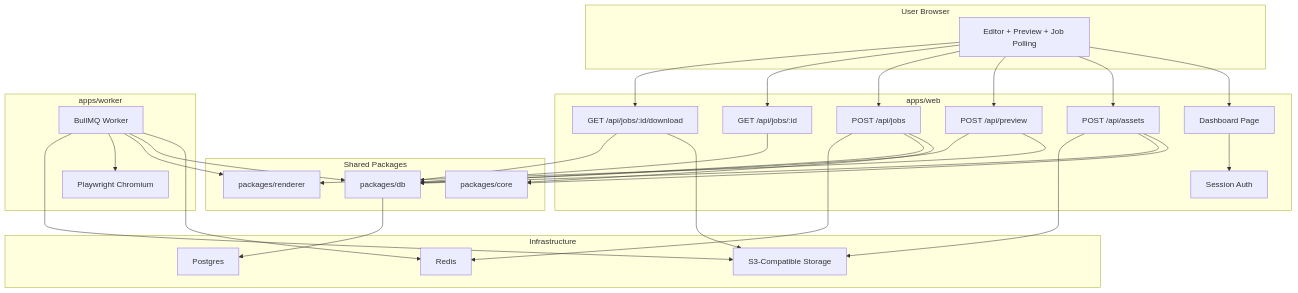
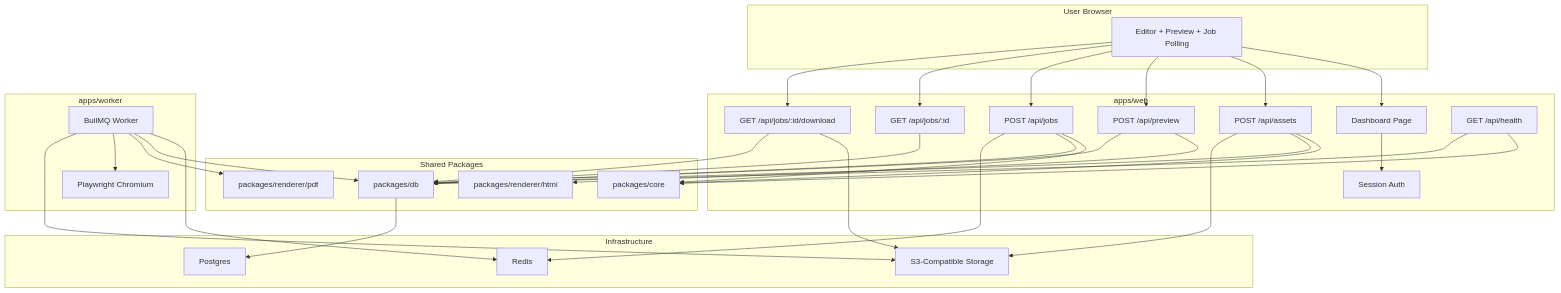
One commit to armaanx/md2pdf changed the second of 12 diagrams in docs/architecture-guide.md. Above: the diagram before and after it, drawn with Mermaid. The commit also changed other lines of this file and 18 other files, not shown here.

Commit message:
docs: update setup and architecture guides

````diff
--- a/docs/architecture-guide.md
+++ b/docs/architecture-guide.md
@@ -174,64 +194,68 @@
 ```mermaid
 flowchart TB
   subgraph Browser["User Browser"]
     UI["Editor + Preview + Job Polling"]
   end
 
   subgraph App["apps/web"]
     Page["Dashboard Page"]
     ApiAssets["POST /api/assets"]
     ApiPreview["POST /api/preview"]
     ApiJobs["POST /api/jobs"]
     ApiJob["GET /api/jobs/:id"]
     ApiDownload["GET /api/jobs/:id/download"]
+    ApiHealth["GET /api/health"]
     Auth["Session Auth"]
   end
 
   subgraph Shared["Shared Packages"]
     Core["packages/core"]
     DBPkg["packages/db"]
-    Renderer["packages/renderer"]
+    HtmlRenderer["packages/renderer/html"]
+    PdfRenderer["packages/renderer/pdf"]
   end
 
   subgraph Infra["Infrastructure"]
     PG["Postgres"]
     RD["Redis"]
     S3["S3-Compatible Storage"]
   end
 
   subgraph Worker["apps/worker"]
     QueueWorker["BullMQ Worker"]
     Chromium["Playwright Chromium"]
   end
 
   UI --> Page
   Page --> Auth
   UI --> ApiAssets
   UI --> ApiPreview
   UI --> ApiJobs
   UI --> ApiJob
   UI --> ApiDownload
 
   ApiAssets --> Core
   ApiAssets --> DBPkg
   ApiAssets --> S3
 
-  ApiPreview --> Renderer
+  ApiPreview --> HtmlRenderer
   ApiPreview --> DBPkg
 
   ApiJobs --> Core
   ApiJobs --> DBPkg
   ApiJobs --> RD
 
   ApiJob --> DBPkg
   ApiDownload --> S3
   ApiDownload --> DBPkg
+  ApiHealth --> Core
+  ApiHealth --> DBPkg
 
   QueueWorker --> RD
   QueueWorker --> DBPkg
-  QueueWorker --> Renderer
+  QueueWorker --> PdfRenderer
   QueueWorker --> Chromium
   QueueWorker --> S3
 
   DBPkg --> PG
 ```
````
